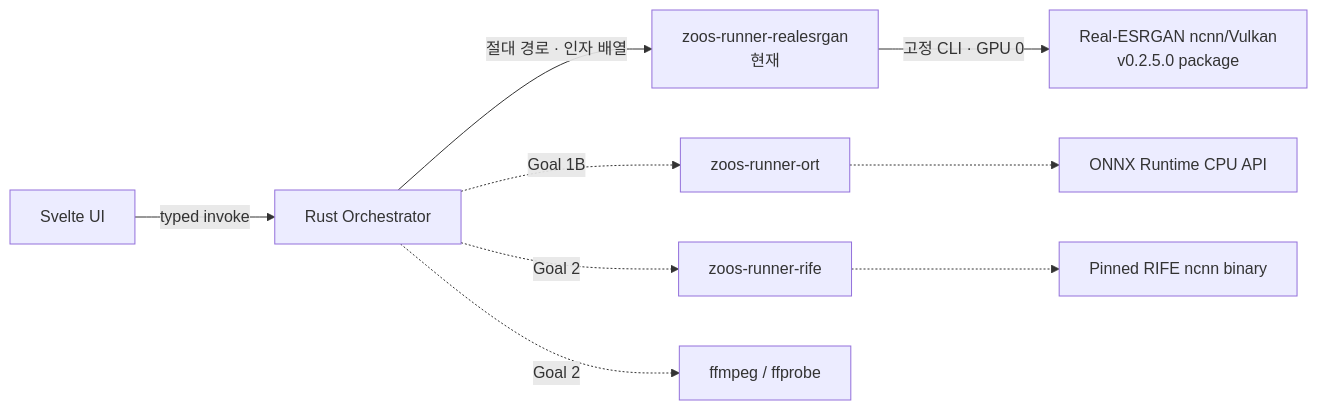
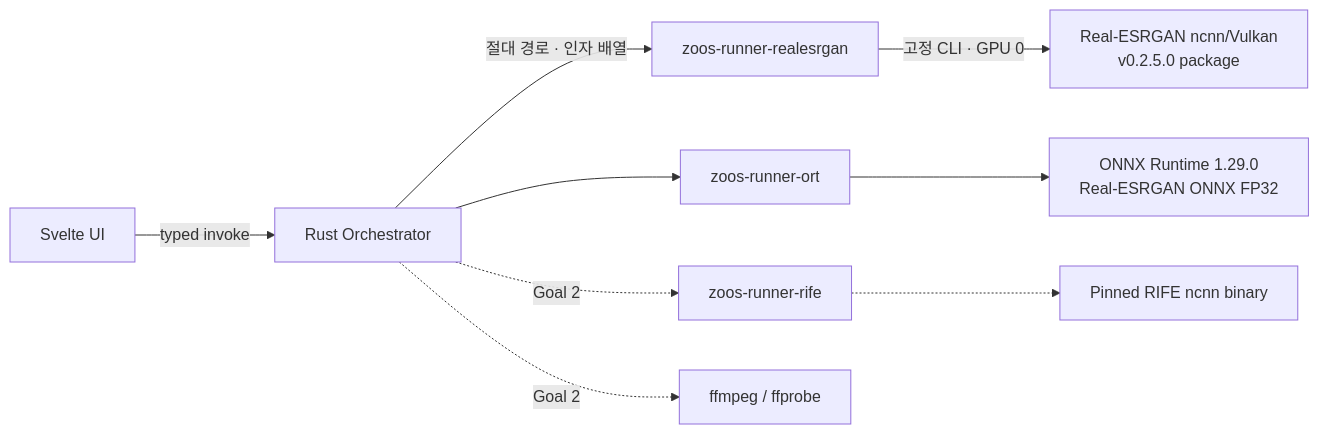
Before and after one commit to zooslab/zoos-upscale: the second of 9 diagrams in ARCHITECTURE.md, drawn with Mermaid. The commit also changed other lines of this file and 2 other files, not shown here.

Commit message:
docs: Goal 1B 구현 현황 반영

````diff
--- a/ARCHITECTURE.md
+++ b/ARCHITECTURE.md
@@ -110,12 +114,12 @@
 ```mermaid
 flowchart LR
     UI["Svelte UI"] -->|"typed invoke"| APP["Rust Orchestrator"]
-    APP -->|"절대 경로 · 인자 배열"| WR1["zoos-runner-realesrgan<br/>현재"]
+    APP -->|"절대 경로 · 인자 배열"| WR1["zoos-runner-realesrgan"]
+    APP --> WR3["zoos-runner-ort"]
     WR1 -->|"고정 CLI · GPU 0"| ESR["Real-ESRGAN ncnn/Vulkan<br/>v0.2.5.0 package"]
+    WR3 --> ORT["ONNX Runtime 1.29.0<br/>Real-ESRGAN ONNX FP32"]
 
-    APP -. "Goal 1B" .-> WR3["zoos-runner-ort"]
     APP -. "Goal 2" .-> WR2["zoos-runner-rife"]
     APP -. "Goal 2" .-> FF["ffmpeg / ffprobe"]
     WR2 -.-> RIFE["Pinned RIFE ncnn binary"]
-    WR3 -.-> ORT["ONNX Runtime CPU API"]
 ```
````
